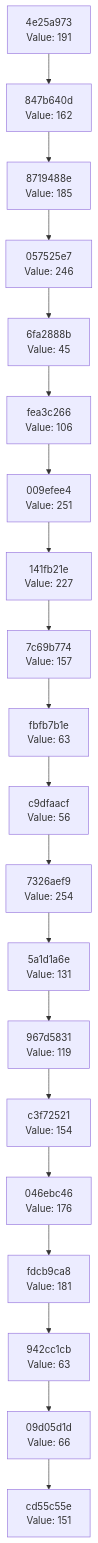
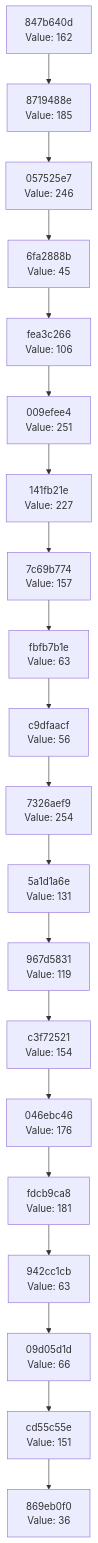
The diagram in docs/CHAIN_VISUALIZATION.md (Abhisheksinha1506/hash-chain-evolver), drawn with Mermaid before and after one commit. The commit also changed 3 other files, not shown here.

````diff
--- a/docs/CHAIN_VISUALIZATION.md
+++ b/docs/CHAIN_VISUALIZATION.md
@@ -3,42 +3,42 @@
 ```mermaid
 graph TD
-    C0["cd55c55e<br/>Value: 151"]
-    C1["09d05d1d<br/>Value: 66"]
+    C0["869eb0f0<br/>Value: 36"]
+    C1["cd55c55e<br/>Value: 151"]
     C1 --> C0
-    C2["942cc1cb<br/>Value: 63"]
+    C2["09d05d1d<br/>Value: 66"]
     C2 --> C1
-    C3["fdcb9ca8<br/>Value: 181"]
+    C3["942cc1cb<br/>Value: 63"]
     C3 --> C2
-    C4["046ebc46<br/>Value: 176"]
+    C4["fdcb9ca8<br/>Value: 181"]
     C4 --> C3
-    C5["c3f72521<br/>Value: 154"]
+    C5["046ebc46<br/>Value: 176"]
     C5 --> C4
-    C6["967d5831<br/>Value: 119"]
+    C6["c3f72521<br/>Value: 154"]
     C6 --> C5
-    C7["5a1d1a6e<br/>Value: 131"]
+    C7["967d5831<br/>Value: 119"]
     C7 --> C6
-    C8["7326aef9<br/>Value: 254"]
+    C8["5a1d1a6e<br/>Value: 131"]
     C8 --> C7
-    C9["c9dfaacf<br/>Value: 56"]
+    C9["7326aef9<br/>Value: 254"]
     C9 --> C8
-    C10["fbfb7b1e<br/>Value: 63"]
+    C10["c9dfaacf<br/>Value: 56"]
     C10 --> C9
-    C11["7c69b774<br/>Value: 157"]
+    C11["fbfb7b1e<br/>Value: 63"]
     C11 --> C10
-    C12["141fb21e<br/>Value: 227"]
+    C12["7c69b774<br/>Value: 157"]
     C12 --> C11
-    C13["009efee4<br/>Value: 251"]
+    C13["141fb21e<br/>Value: 227"]
     C13 --> C12
-    C14["fea3c266<br/>Value: 106"]
+    C14["009efee4<br/>Value: 251"]
     C14 --> C13
-    C15["6fa2888b<br/>Value: 45"]
+    C15["fea3c266<br/>Value: 106"]
     C15 --> C14
-    C16["057525e7<br/>Value: 246"]
+    C16["6fa2888b<br/>Value: 45"]
     C16 --> C15
-    C17["8719488e<br/>Value: 185"]
+    C17["057525e7<br/>Value: 246"]
     C17 --> C16
-    C18["847b640d<br/>Value: 162"]
+    C18["8719488e<br/>Value: 185"]
     C18 --> C17
-    C19["4e25a973<br/>Value: 191"]
+    C19["847b640d<br/>Value: 162"]
     C19 --> C18
 ```
````
